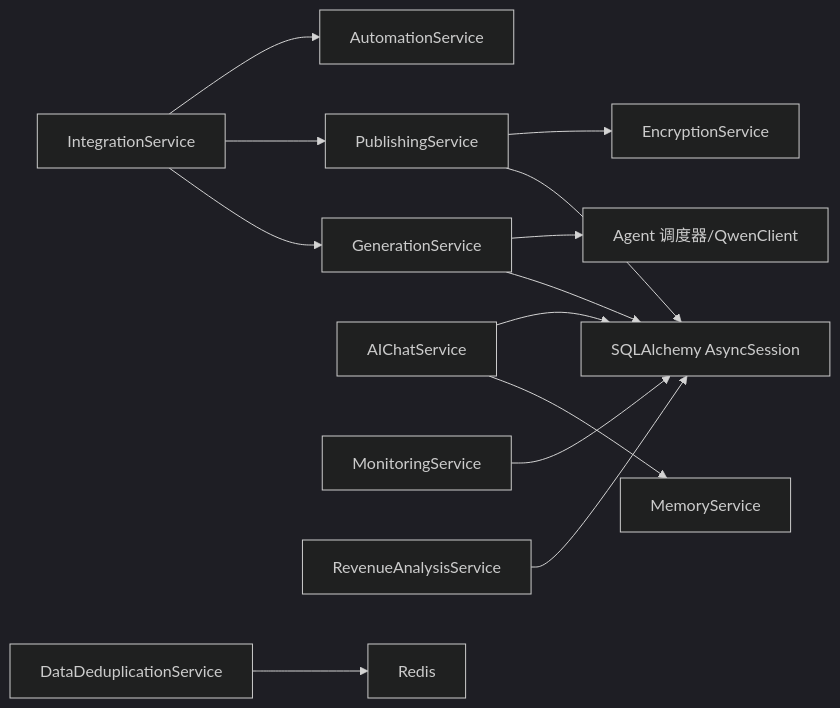
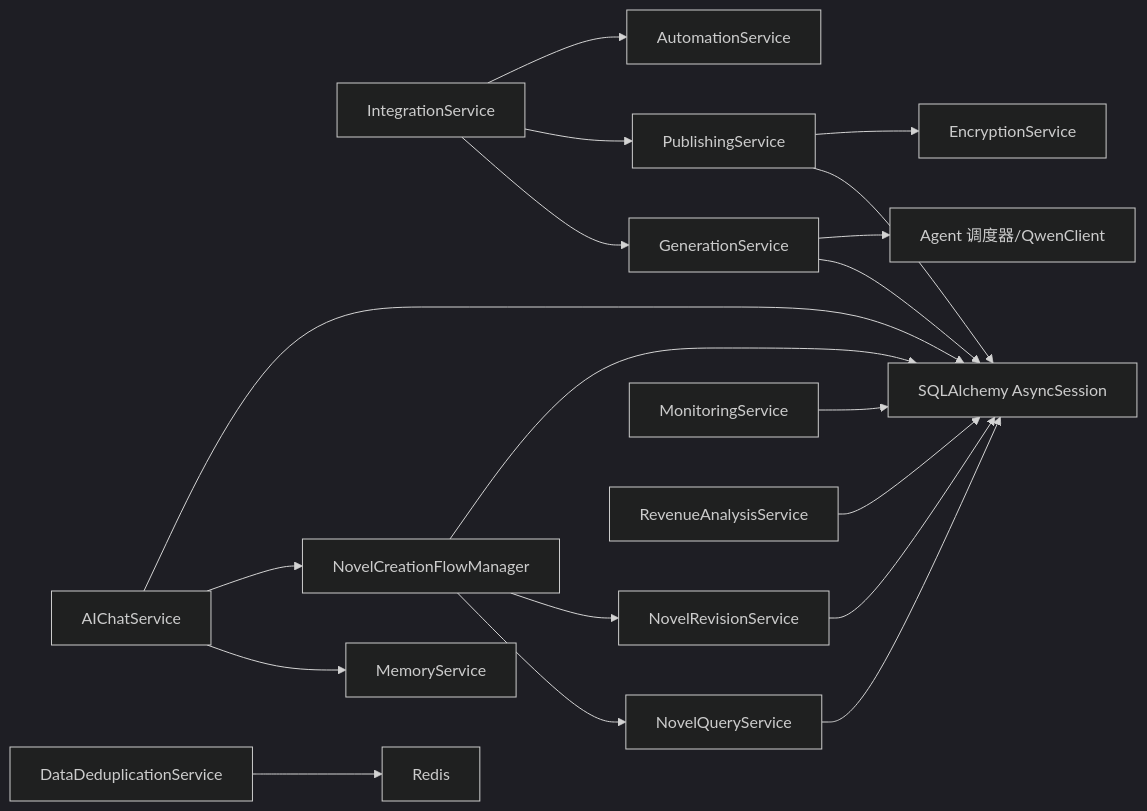
Before and after one commit to xfbyxq/ai-novel-system: the eighth of 8 diagrams in .qoder/repowiki/zh/content/后端架构/服务层设计.md, drawn with Mermaid (dark theme). The commit also changed other lines of this file and 84 other files, not shown here.

````diff
--- a/.qoder/repowiki/zh/content/后端架构/服务层设计.md
+++ b/.qoder/repowiki/zh/content/后端架构/服务层设计.md
@@ -401,15 +562,21 @@
 ```mermaid
 graph LR
 Gen["GenerationService"] --> DB["SQLAlchemy AsyncSession"]
 Gen --> Agent["Agent 调度器/QwenClient"]
 Pub["PublishingService"] --> DB
 Pub --> Enc["EncryptionService"]
 Int["IntegrationService"] --> Gen
 Int --> Pub
 Int --> Auto["AutomationService"]
 AI["AIChatService"] --> Mem["MemoryService"]
+AI --> Flow["NovelCreationFlowManager"]
+Flow --> Query["NovelQueryService"]
+Flow --> Revise["NovelRevisionService"]
+Flow --> DB
+Query --> DB
+Revise --> DB
 AI --> DB
 Mon["MonitoringService"] --> DB
 Rev["RevenueAnalysisService"] --> DB
 Dedup["DataDeduplicationService"] --> Redis["Redis"]
 ```
````
